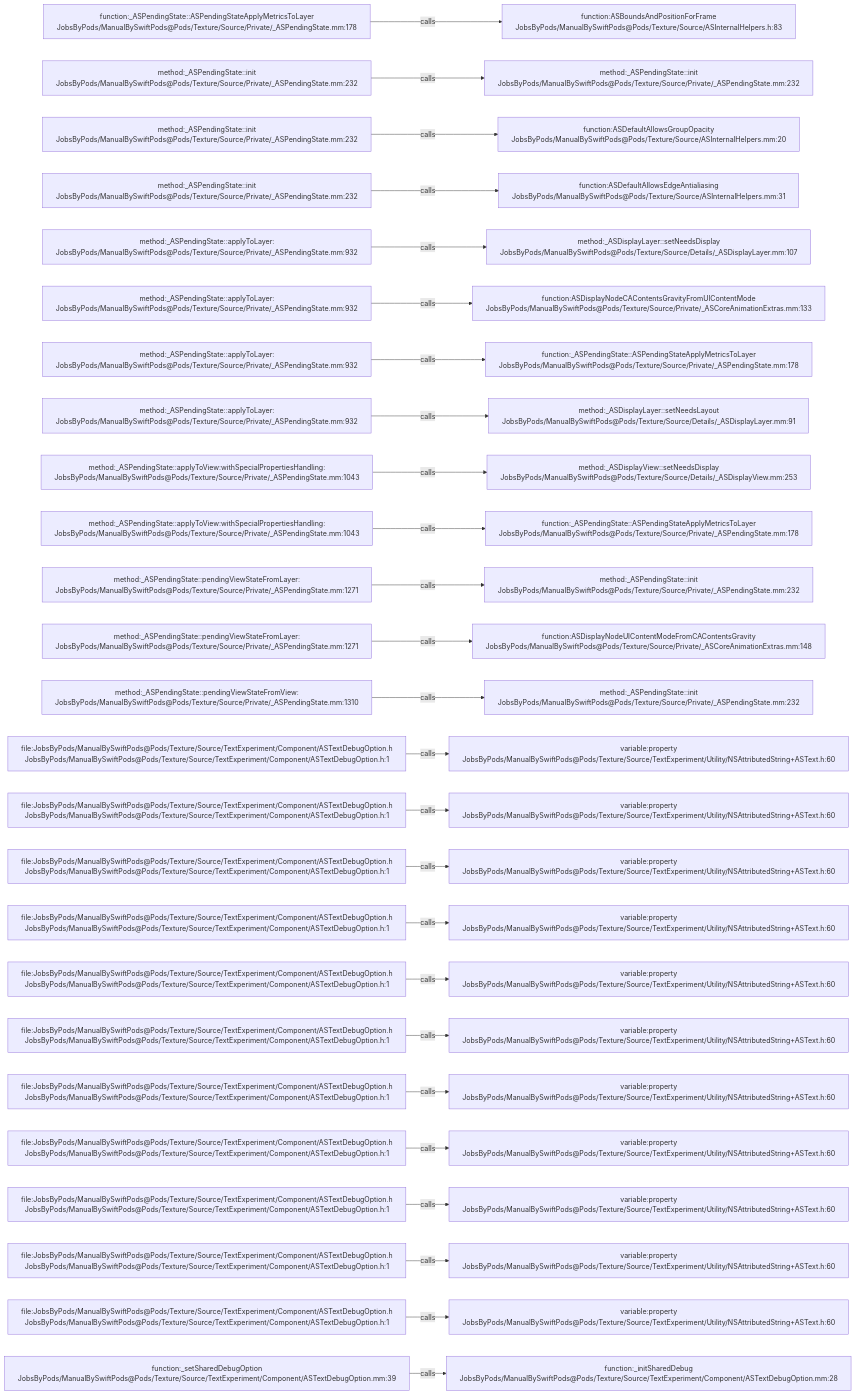
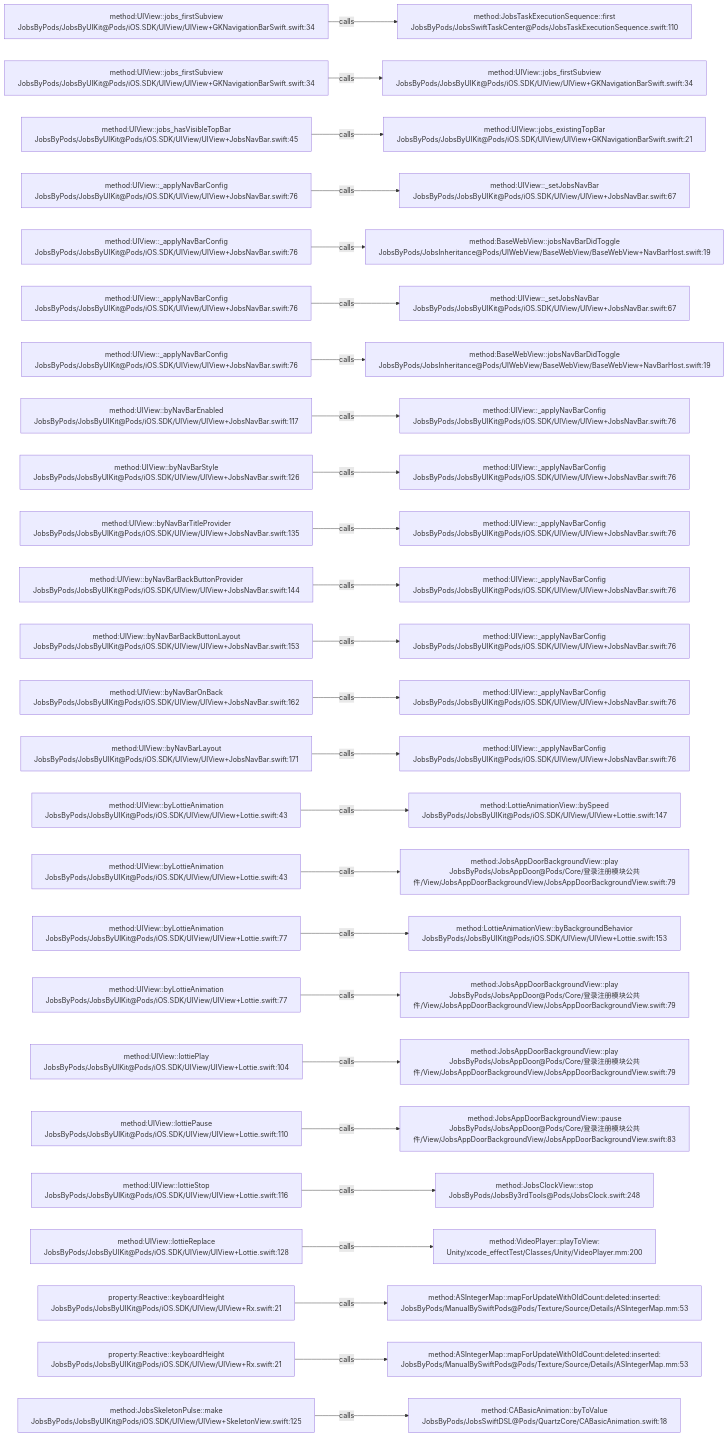
One commit to JobsKits/JobsSwiftBaseConfigDemo changed the diagram in .codegraph/codegraph.md/graphs/calls-130.md. Above: the diagram before and after it, drawn with Mermaid. The commit also changed 224 other files, not shown here.

````diff
--- a/.codegraph/codegraph.md/graphs/calls-130.md
+++ b/.codegraph/codegraph.md/graphs/calls-130.md
@@ -13,78 +13,78 @@
 ```mermaid
 flowchart LR
-  S1["function:_ASPendingState::ASPendingStateApplyMetricsToLayer<br/>JobsByPods/ManualBySwiftPods@Pods/Texture/Source/Private/_ASPendingState.mm:178"]
-  T1["function:ASBoundsAndPositionForFrame<br/>JobsByPods/ManualBySwiftPods@Pods/Texture/Source/ASInternalHelpers.h:83"]
+  S1["method:UIView::jobs_firstSubview<br/>JobsByPods/JobsByUIKit@Pods/iOS.SDK/UIView/UIView+GKNavigationBarSwift.swift:34"]
+  T1["method:JobsTaskExecutionSequence::first<br/>JobsByPods/JobsSwiftTaskCenter@Pods/JobsTaskExecutionSequence.swift:110"]
   S1 -->|calls| T1
-  S2["method:_ASPendingState::init<br/>JobsByPods/ManualBySwiftPods@Pods/Texture/Source/Private/_ASPendingState.mm:232"]
-  T2["method:_ASPendingState::init<br/>JobsByPods/ManualBySwiftPods@Pods/Texture/Source/Private/_ASPendingState.mm:232"]
+  S2["method:UIView::jobs_firstSubview<br/>JobsByPods/JobsByUIKit@Pods/iOS.SDK/UIView/UIView+GKNavigationBarSwift.swift:34"]
+  T2["method:UIView::jobs_firstSubview<br/>JobsByPods/JobsByUIKit@Pods/iOS.SDK/UIView/UIView+GKNavigationBarSwift.swift:34"]
   S2 -->|calls| T2
-  S3["method:_ASPendingState::init<br/>JobsByPods/ManualBySwiftPods@Pods/Texture/Source/Private/_ASPendingState.mm:232"]
-  T3["function:ASDefaultAllowsGroupOpacity<br/>JobsByPods/ManualBySwiftPods@Pods/Texture/Source/ASInternalHelpers.mm:20"]
+  S3["method:UIView::jobs_hasVisibleTopBar<br/>JobsByPods/JobsByUIKit@Pods/iOS.SDK/UIView/UIView+JobsNavBar.swift:45"]
+  T3["method:UIView::jobs_existingTopBar<br/>JobsByPods/JobsByUIKit@Pods/iOS.SDK/UIView/UIView+GKNavigationBarSwift.swift:21"]
   S3 -->|calls| T3
-  S4["method:_ASPendingState::init<br/>JobsByPods/ManualBySwiftPods@Pods/Texture/Source/Private/_ASPendingState.mm:232"]
-  T4["function:ASDefaultAllowsEdgeAntialiasing<br/>JobsByPods/ManualBySwiftPods@Pods/Texture/Source/ASInternalHelpers.mm:31"]
+  S4["method:UIView::_applyNavBarConfig<br/>JobsByPods/JobsByUIKit@Pods/iOS.SDK/UIView/UIView+JobsNavBar.swift:76"]
+  T4["method:UIView::_setJobsNavBar<br/>JobsByPods/JobsByUIKit@Pods/iOS.SDK/UIView/UIView+JobsNavBar.swift:67"]
   S4 -->|calls| T4
-  S5["method:_ASPendingState::applyToLayer:<br/>JobsByPods/ManualBySwiftPods@Pods/Texture/Source/Private/_ASPendingState.mm:932"]
-  T5["method:_ASDisplayLayer::setNeedsDisplay<br/>JobsByPods/ManualBySwiftPods@Pods/Texture/Source/Details/_ASDisplayLayer.mm:107"]
+  S5["method:UIView::_applyNavBarConfig<br/>JobsByPods/JobsByUIKit@Pods/iOS.SDK/UIView/UIView+JobsNavBar.swift:76"]
+  T5["method:BaseWebView::jobsNavBarDidToggle<br/>JobsByPods/JobsInheritance@Pods/UIWebView/BaseWebView/BaseWebView+NavBarHost.swift:19"]
   S5 -->|calls| T5
-  S6["method:_ASPendingState::applyToLayer:<br/>JobsByPods/ManualBySwiftPods@Pods/Texture/Source/Private/_ASPendingState.mm:932"]
-  T6["function:ASDisplayNodeCAContentsGravityFromUIContentMode<br/>JobsByPods/ManualBySwiftPods@Pods/Texture/Source/Private/_ASCoreAnimationExtras.mm:133"]
+  S6["method:UIView::_applyNavBarConfig<br/>JobsByPods/JobsByUIKit@Pods/iOS.SDK/UIView/UIView+JobsNavBar.swift:76"]
+  T6["method:UIView::_setJobsNavBar<br/>JobsByPods/JobsByUIKit@Pods/iOS.SDK/UIView/UIView+JobsNavBar.swift:67"]
   S6 -->|calls| T6
-  S7["method:_ASPendingState::applyToLayer:<br/>JobsByPods/ManualBySwiftPods@Pods/Texture/Source/Private/_ASPendingState.mm:932"]
-  T7["function:_ASPendingState::ASPendingStateApplyMetricsToLayer<br/>JobsByPods/ManualBySwiftPods@Pods/Texture/Source/Private/_ASPendingState.mm:178"]
+  S7["method:UIView::_applyNavBarConfig<br/>JobsByPods/JobsByUIKit@Pods/iOS.SDK/UIView/UIView+JobsNavBar.swift:76"]
+  T7["method:BaseWebView::jobsNavBarDidToggle<br/>JobsByPods/JobsInheritance@Pods/UIWebView/BaseWebView/BaseWebView+NavBarHost.swift:19"]
   S7 -->|calls| T7
-  S8["method:_ASPendingState::applyToLayer:<br/>JobsByPods/ManualBySwiftPods@Pods/Texture/Source/Private/_ASPendingState.mm:932"]
-  T8["method:_ASDisplayLayer::setNeedsLayout<br/>JobsByPods/ManualBySwiftPods@Pods/Texture/Source/Details/_ASDisplayLayer.mm:91"]
+  S8["method:UIView::byNavBarEnabled<br/>JobsByPods/JobsByUIKit@Pods/iOS.SDK/UIView/UIView+JobsNavBar.swift:117"]
+  T8["method:UIView::_applyNavBarConfig<br/>JobsByPods/JobsByUIKit@Pods/iOS.SDK/UIView/UIView+JobsNavBar.swift:76"]
   S8 -->|calls| T8
-  S9["method:_ASPendingState::applyToView:withSpecialPropertiesHandling:<br/>JobsByPods/ManualBySwiftPods@Pods/Texture/Source/Private/_ASPendingState.mm:1043"]
-  T9["method:_ASDisplayView::setNeedsDisplay<br/>JobsByPods/ManualBySwiftPods@Pods/Texture/Source/Details/_ASDisplayView.mm:253"]
+  S9["method:UIView::byNavBarStyle<br/>JobsByPods/JobsByUIKit@Pods/iOS.SDK/UIView/UIView+JobsNavBar.swift:126"]
+  T9["method:UIView::_applyNavBarConfig<br/>JobsByPods/JobsByUIKit@Pods/iOS.SDK/UIView/UIView+JobsNavBar.swift:76"]
   S9 -->|calls| T9
-  S10["method:_ASPendingState::applyToView:withSpecialPropertiesHandling:<br/>JobsByPods/ManualBySwiftPods@Pods/Texture/Source/Private/_ASPendingState.mm:1043"]
-  T10["function:_ASPendingState::ASPendingStateApplyMetricsToLayer<br/>JobsByPods/ManualBySwiftPods@Pods/Texture/Source/Private/_ASPendingState.mm:178"]
+  S10["method:UIView::byNavBarTitleProvider<br/>JobsByPods/JobsByUIKit@Pods/iOS.SDK/UIView/UIView+JobsNavBar.swift:135"]
+  T10["method:UIView::_applyNavBarConfig<br/>JobsByPods/JobsByUIKit@Pods/iOS.SDK/UIView/UIView+JobsNavBar.swift:76"]
   S10 -->|calls| T10
-  S11["method:_ASPendingState::pendingViewStateFromLayer:<br/>JobsByPods/ManualBySwiftPods@Pods/Texture/Source/Private/_ASPendingState.mm:1271"]
-  T11["method:_ASPendingState::init<br/>JobsByPods/ManualBySwiftPods@Pods/Texture/Source/Private/_ASPendingState.mm:232"]
+  S11["method:UIView::byNavBarBackButtonProvider<br/>JobsByPods/JobsByUIKit@Pods/iOS.SDK/UIView/UIView+JobsNavBar.swift:144"]
+  T11["method:UIView::_applyNavBarConfig<br/>JobsByPods/JobsByUIKit@Pods/iOS.SDK/UIView/UIView+JobsNavBar.swift:76"]
   S11 -->|calls| T11
-  S12["method:_ASPendingState::pendingViewStateFromLayer:<br/>JobsByPods/ManualBySwiftPods@Pods/Texture/Source/Private/_ASPendingState.mm:1271"]
-  T12["function:ASDisplayNodeUIContentModeFromCAContentsGravity<br/>JobsByPods/ManualBySwiftPods@Pods/Texture/Source/Private/_ASCoreAnimationExtras.mm:148"]
+  S12["method:UIView::byNavBarBackButtonLayout<br/>JobsByPods/JobsByUIKit@Pods/iOS.SDK/UIView/UIView+JobsNavBar.swift:153"]
+  T12["method:UIView::_applyNavBarConfig<br/>JobsByPods/JobsByUIKit@Pods/iOS.SDK/UIView/UIView+JobsNavBar.swift:76"]
   S12 -->|calls| T12
-  S13["method:_ASPendingState::pendingViewStateFromView:<br/>JobsByPods/ManualBySwiftPods@Pods/Texture/Source/Private/_ASPendingState.mm:1310"]
-  T13["method:_ASPendingState::init<br/>JobsByPods/ManualBySwiftPods@Pods/Texture/Source/Private/_ASPendingState.mm:232"]
+  S13["method:UIView::byNavBarOnBack<br/>JobsByPods/JobsByUIKit@Pods/iOS.SDK/UIView/UIView+JobsNavBar.swift:162"]
+  T13["method:UIView::_applyNavBarConfig<br/>JobsByPods/JobsByUIKit@Pods/iOS.SDK/UIView/UIView+JobsNavBar.swift:76"]
   S13 -->|calls| T13
-  S14["file:JobsByPods/ManualBySwiftPods@Pods/Texture/Source/TextExperiment/Component/ASTextDebugOption.h<br/>JobsByPods/ManualBySwiftPods@Pods/Texture/Source/TextExperiment/Component/ASTextDebugOption.h:1"]
-  T14["variable:property<br/>JobsByPods/ManualBySwiftPods@Pods/Texture/Source/TextExperiment/Utility/NSAttributedString+ASText.h:60"]
+  S14["method:UIView::byNavBarLayout<br/>JobsByPods/JobsByUIKit@Pods/iOS.SDK/UIView/UIView+JobsNavBar.swift:171"]
+  T14["method:UIView::_applyNavBarConfig<br/>JobsByPods/JobsByUIKit@Pods/iOS.SDK/UIView/UIView+JobsNavBar.swift:76"]
   S14 -->|calls| T14
-  S15["file:JobsByPods/ManualBySwiftPods@Pods/Texture/Source/TextExperiment/Component/ASTextDebugOption.h<br/>JobsByPods/ManualBySwiftPods@Pods/Texture/Source/TextExperiment/Component/ASTextDebugOption.h:1"]
-  T15["variable:property<br/>JobsByPods/ManualBySwiftPods@Pods/Texture/Source/TextExperiment/Utility/NSAttributedString+ASText.h:60"]
+  S15["method:UIView::byLottieAnimation<br/>JobsByPods/JobsByUIKit@Pods/iOS.SDK/UIView/UIView+Lottie.swift:43"]
+  T15["method:LottieAnimationView::bySpeed<br/>JobsByPods/JobsByUIKit@Pods/iOS.SDK/UIView/UIView+Lottie.swift:147"]
   S15 -->|calls| T15
-  S16["file:JobsByPods/ManualBySwiftPods@Pods/Texture/Source/TextExperiment/Component/ASTextDebugOption.h<br/>JobsByPods/ManualBySwiftPods@Pods/Texture/Source/TextExperiment/Component/ASTextDebugOption.h:1"]
-  T16["variable:property<br/>JobsByPods/ManualBySwiftPods@Pods/Texture/Source/TextExperiment/Utility/NSAttributedString+ASText.h:60"]
+  S16["method:UIView::byLottieAnimation<br/>JobsByPods/JobsByUIKit@Pods/iOS.SDK/UIView/UIView+Lottie.swift:43"]
+  T16["method:JobsAppDoorBackgroundView::play<br/>JobsByPods/JobsAppDoor@Pods/Core/登录注册模块公共件/View/JobsAppDoorBackgroundView/JobsAppDoorBackgroundView.swift:79"]
   S16 -->|calls| T16
-  S17["file:JobsByPods/ManualBySwiftPods@Pods/Texture/Source/TextExperiment/Component/ASTextDebugOption.h<br/>JobsByPods/ManualBySwiftPods@Pods/Texture/Source/TextExperiment/Component/ASTextDebugOption.h:1"]
-  T17["variable:property<br/>JobsByPods/ManualBySwiftPods@Pods/Texture/Source/TextExperiment/Utility/NSAttributedString+ASText.h:60"]
+  S17["method:UIView::byLottieAnimation<br/>JobsByPods/JobsByUIKit@Pods/iOS.SDK/UIView/UIView+Lottie.swift:77"]
+  T17["method:LottieAnimationView::byBackgroundBehavior<br/>JobsByPods/JobsByUIKit@Pods/iOS.SDK/UIView/UIView+Lottie.swift:153"]
   S17 -->|calls| T17
-  S18["file:JobsByPods/ManualBySwiftPods@Pods/Texture/Source/TextExperiment/Component/ASTextDebugOption.h<br/>JobsByPods/ManualBySwiftPods@Pods/Texture/Source/TextExperiment/Component/ASTextDebugOption.h:1"]
-  T18["variable:property<br/>JobsByPods/ManualBySwiftPods@Pods/Texture/Source/TextExperiment/Utility/NSAttributedString+ASText.h:60"]
+  S18["method:UIView::byLottieAnimation<br/>JobsByPods/JobsByUIKit@Pods/iOS.SDK/UIView/UIView+Lottie.swift:77"]
+  T18["method:JobsAppDoorBackgroundView::play<br/>JobsByPods/JobsAppDoor@Pods/Core/登录注册模块公共件/View/JobsAppDoorBackgroundView/JobsAppDoorBackgroundView.swift:79"]
   S18 -->|calls| T18
-  S19["file:JobsByPods/ManualBySwiftPods@Pods/Texture/Source/TextExperiment/Component/ASTextDebugOption.h<br/>JobsByPods/ManualBySwiftPods@Pods/Texture/Source/TextExperiment/Component/ASTextDebugOption.h:1"]
-  T19["variable:property<br/>JobsByPods/ManualBySwiftPods@Pods/Texture/Source/TextExperiment/Utility/NSAttributedString+ASText.h:60"]
+  S19["method:UIView::lottiePlay<br/>JobsByPods/JobsByUIKit@Pods/iOS.SDK/UIView/UIView+Lottie.swift:104"]
+  T19["method:JobsAppDoorBackgroundView::play<br/>JobsByPods/JobsAppDoor@Pods/Core/登录注册模块公共件/View/JobsAppDoorBackgroundView/JobsAppDoorBackgroundView.swift:79"]
   S19 -->|calls| T19
-  S20["file:JobsByPods/ManualBySwiftPods@Pods/Texture/Source/TextExperiment/Component/ASTextDebugOption.h<br/>JobsByPods/ManualBySwiftPods@Pods/Texture/Source/TextExperiment/Component/ASTextDebugOption.h:1"]
-  T20["variable:property<br/>JobsByPods/ManualBySwiftPods@Pods/Texture/Source/TextExperiment/Utility/NSAttributedString+ASText.h:60"]
+  S20["method:UIView::lottiePause<br/>JobsByPods/JobsByUIKit@Pods/iOS.SDK/UIView/UIView+Lottie.swift:110"]
+  T20["method:JobsAppDoorBackgroundView::pause<br/>JobsByPods/JobsAppDoor@Pods/Core/登录注册模块公共件/View/JobsAppDoorBackgroundView/JobsAppDoorBackgroundView.swift:83"]
   S20 -->|calls| T20
-  S21["file:JobsByPods/ManualBySwiftPods@Pods/Texture/Source/TextExperiment/Component/ASTextDebugOption.h<br/>JobsByPods/ManualBySwiftPods@Pods/Texture/Source/TextExperiment/Component/ASTextDebugOption.h:1"]
-  T21["variable:property<br/>JobsByPods/ManualBySwiftPods@Pods/Texture/Source/TextExperiment/Utility/NSAttributedString+ASText.h:60"]
+  S21["method:UIView::lottieStop<br/>JobsByPods/JobsByUIKit@Pods/iOS.SDK/UIView/UIView+Lottie.swift:116"]
+  T21["method:JobsClockView::stop<br/>JobsByPods/JobsBy3rdTools@Pods/JobsClock.swift:248"]
   S21 -->|calls| T21
-  S22["file:JobsByPods/ManualBySwiftPods@Pods/Texture/Source/TextExperiment/Component/ASTextDebugOption.h<br/>JobsByPods/ManualBySwiftPods@Pods/Texture/Source/TextExperiment/Component/ASTextDebugOption.h:1"]
-  T22["variable:property<br/>JobsByPods/ManualBySwiftPods@Pods/Texture/Source/TextExperiment/Utility/NSAttributedString+ASText.h:60"]
+  S22["method:UIView::lottieReplace<br/>JobsByPods/JobsByUIKit@Pods/iOS.SDK/UIView/UIView+Lottie.swift:128"]
+  T22["method:VideoPlayer::playToView:<br/>Unity/xcode_effectTest/Classes/Unity/VideoPlayer.mm:200"]
   S22 -->|calls| T22
-  S23["file:JobsByPods/ManualBySwiftPods@Pods/Texture/Source/TextExperiment/Component/ASTextDebugOption.h<br/>JobsByPods/ManualBySwiftPods@Pods/Texture/Source/TextExperiment/Component/ASTextDebugOption.h:1"]
-  T23["variable:property<br/>JobsByPods/ManualBySwiftPods@Pods/Texture/Source/TextExperiment/Utility/NSAttributedString+ASText.h:60"]
+  S23["property:Reactive::keyboardHeight<br/>JobsByPods/JobsByUIKit@Pods/iOS.SDK/UIView/UIView+Rx.swift:21"]
+  T23["method:ASIntegerMap::mapForUpdateWithOldCount:deleted:inserted:<br/>JobsByPods/ManualBySwiftPods@Pods/Texture/Source/Details/ASIntegerMap.mm:53"]
   S23 -->|calls| T23
-  S24["file:JobsByPods/ManualBySwiftPods@Pods/Texture/Source/TextExperiment/Component/ASTextDebugOption.h<br/>JobsByPods/ManualBySwiftPods@Pods/Texture/Source/TextExperiment/Component/ASTextDebugOption.h:1"]
-  T24["variable:property<br/>JobsByPods/ManualBySwiftPods@Pods/Texture/Source/TextExperiment/Utility/NSAttributedString+ASText.h:60"]
+  S24["property:Reactive::keyboardHeight<br/>JobsByPods/JobsByUIKit@Pods/iOS.SDK/UIView/UIView+Rx.swift:21"]
+  T24["method:ASIntegerMap::mapForUpdateWithOldCount:deleted:inserted:<br/>JobsByPods/ManualBySwiftPods@Pods/Texture/Source/Details/ASIntegerMap.mm:53"]
   S24 -->|calls| T24
-  S25["function:_setSharedDebugOption<br/>JobsByPods/ManualBySwiftPods@Pods/Texture/Source/TextExperiment/Component/ASTextDebugOption.mm:39"]
-  T25["function:_initSharedDebug<br/>JobsByPods/ManualBySwiftPods@Pods/Texture/Source/TextExperiment/Component/ASTextDebugOption.mm:28"]
+  S25["method:JobsSkeletonPulse::make<br/>JobsByPods/JobsByUIKit@Pods/iOS.SDK/UIView/UIView+SkeletonView.swift:125"]
+  T25["method:CABasicAnimation::byToValue<br/>JobsByPods/JobsSwiftDSL@Pods/QuartzCore/CABasicAnimation.swift:18"]
   S25 -->|calls| T25
 ```
````
